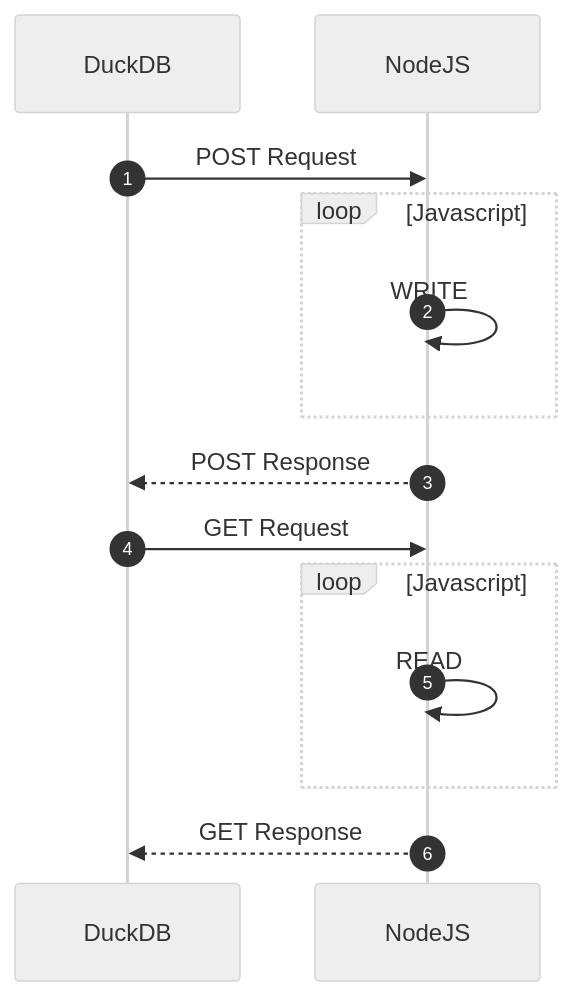
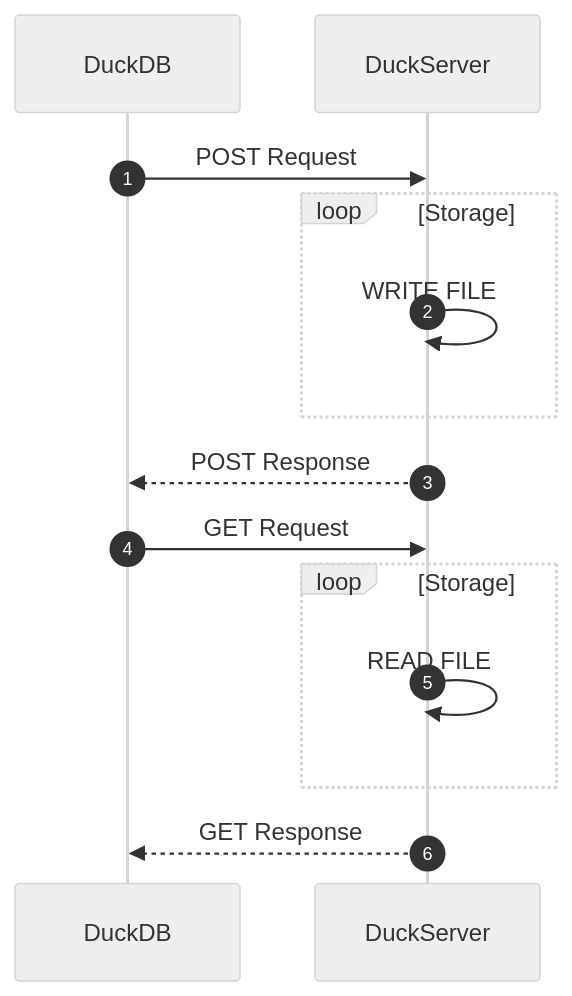
Before and after one commit to metrico/urlengine: the diagram in README.md, drawn with Mermaid (neutral theme). The commit also changed other lines of this file, not shown here.

````diff
--- a/README.md
+++ b/README.md
@@ -11,14 +11,14 @@
 ```mermaid
 sequenceDiagram
     autonumber
-    DuckDB->>NodeJS: POST Request
-    loop Javascript
-        NodeJS->>NodeJS: WRITE
+    DuckDB->>DuckServer: POST Request
+    loop Storage
+        DuckServer->>DuckServer: WRITE FILE
     end
-    NodeJS-->>DuckDB: POST Response
-    DuckDB->>NodeJS: GET Request
-    loop Javascript
-        NodeJS->>NodeJS: READ
+    DuckServer-->>DuckDB: POST Response
+    DuckDB->>DuckServer: GET Request
+    loop Storage
+        DuckServer->>DuckServer: READ FILE
     end
-    NodeJS-->>DuckDB: GET Response
+    DuckServer-->>DuckDB: GET Response
 ```
````
